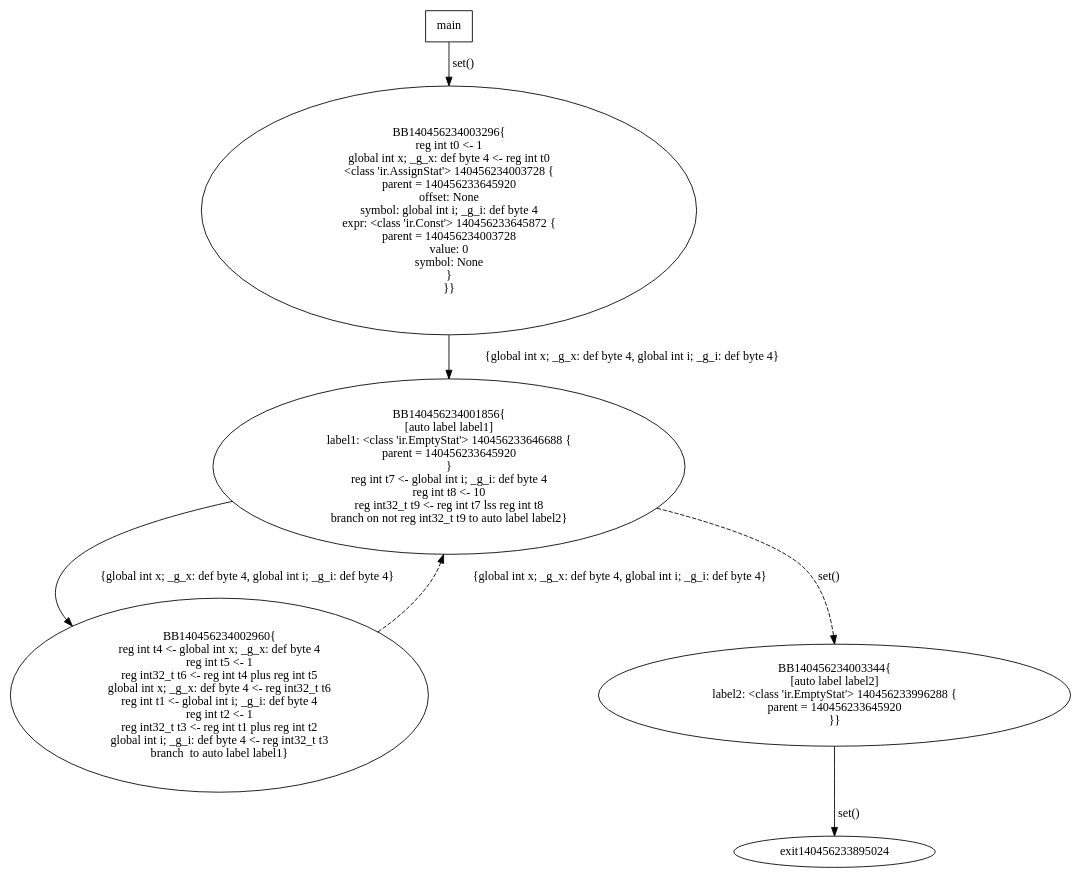
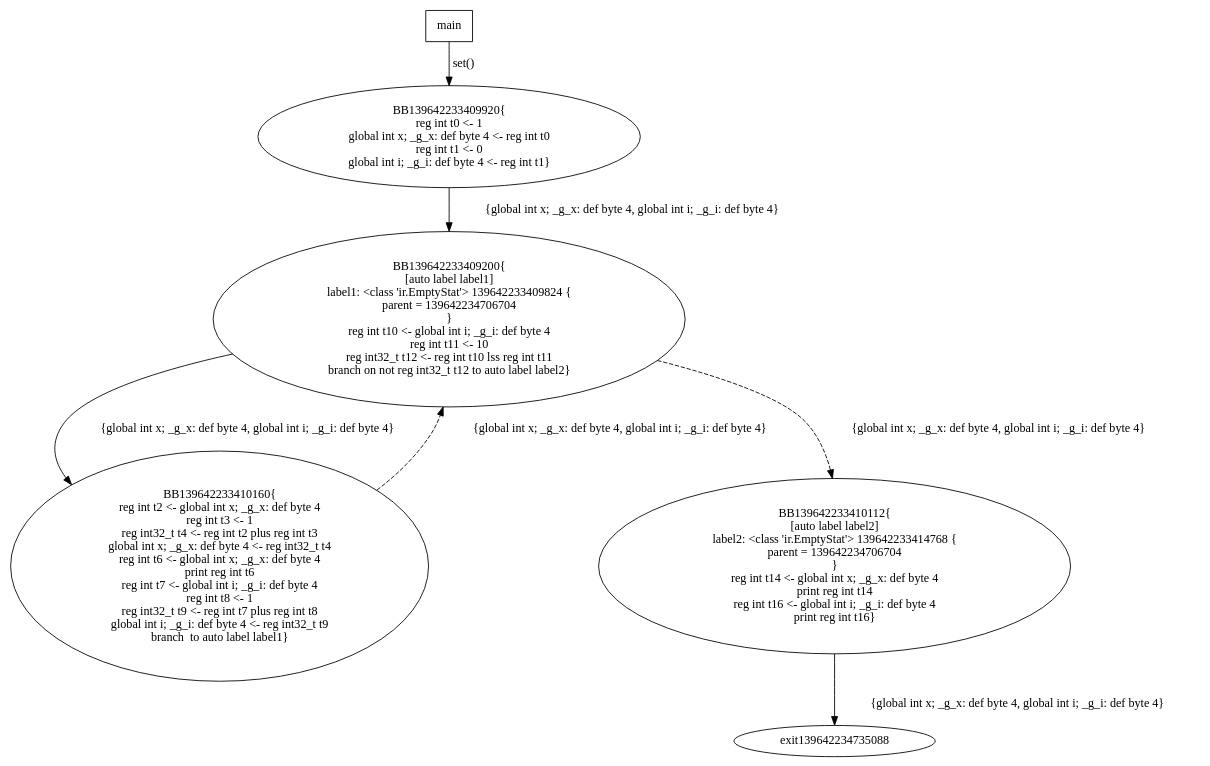
Before and after one commit to StefanoBordeianu/COT-Lab: the diagram in cfg.dot, drawn with Graphviz. The commit also changed 16 other files, not shown here.

```diff
--- a/cfg.dot
+++ b/cfg.dot
@@ -1,26 +1,17 @@
 digraph G {
-140456234003296 [label="BB140456234003296{\nreg int t0 <- 1\nglobal int x; _g_x: def byte 4 <- reg int t0\n<class 'ir.AssignStat'> 140456234003728 {
-parent = 140456233645920
-	offset: 	None
-	symbol: 	global int i; _g_i: def byte 4
-	expr: 	<class 'ir.Const'> 140456233645872 {
-	parent = 140456234003728
-		value: 	0
-		symbol: 	None
-	}
-}}"];
-140456234003296 -> 140456234001856 [label="{global int x; _g_x: def byte 4, global int i; _g_i: def byte 4}"];
-140456234001856 [label="BB140456234001856{\n[auto label label1]\nlabel1: <class 'ir.EmptyStat'> 140456233646688 {
-parent = 140456233645920
-}\nreg int t7 <- global int i; _g_i: def byte 4\nreg int t8 <- 10\nreg int32_t t9 <- reg int t7 lss reg int t8\nbranch on not reg int32_t t9 to auto label label2}"];
-140456234001856 -> 140456234002960 [label="{global int x; _g_x: def byte 4, global int i; _g_i: def byte 4}"];
-140456234001856 -> 140456234003344 [style=dashed,label="set()"];
-140456234002960 [label="BB140456234002960{\nreg int t4 <- global int x; _g_x: def byte 4\nreg int t5 <- 1\nreg int32_t t6 <- reg int t4 plus reg int t5\nglobal int x; _g_x: def byte 4 <- reg int32_t t6\nreg int t1 <- global int i; _g_i: def byte 4\nreg int t2 <- 1\nreg int32_t t3 <- reg int t1 plus reg int t2\nglobal int i; _g_i: def byte 4 <- reg int32_t t3\nbranch  to auto label label1}"];
-140456234002960 -> 140456234001856 [style=dashed,label="{global int x; _g_x: def byte 4, global int i; _g_i: def byte 4}"];
-140456234003344 [label="BB140456234003344{\n[auto label label2]\nlabel2: <class 'ir.EmptyStat'> 140456233996288 {
-parent = 140456233645920
-}}"];
-140456234003344 -> exit140456233895024 [label="set()"];
+139642233409920 [label="BB139642233409920{\nreg int t0 <- 1\nglobal int x; _g_x: def byte 4 <- reg int t0\nreg int t1 <- 0\nglobal int i; _g_i: def byte 4 <- reg int t1}"];
+139642233409920 -> 139642233409200 [label="{global int x; _g_x: def byte 4, global int i; _g_i: def byte 4}"];
+139642233409200 [label="BB139642233409200{\n[auto label label1]\nlabel1: <class 'ir.EmptyStat'> 139642233409824 {
+parent = 139642234706704
+}\nreg int t10 <- global int i; _g_i: def byte 4\nreg int t11 <- 10\nreg int32_t t12 <- reg int t10 lss reg int t11\nbranch on not reg int32_t t12 to auto label label2}"];
+139642233409200 -> 139642233410160 [label="{global int x; _g_x: def byte 4, global int i; _g_i: def byte 4}"];
+139642233409200 -> 139642233410112 [style=dashed,label="{global int x; _g_x: def byte 4, global int i; _g_i: def byte 4}"];
+139642233410160 [label="BB139642233410160{\nreg int t2 <- global int x; _g_x: def byte 4\nreg int t3 <- 1\nreg int32_t t4 <- reg int t2 plus reg int t3\nglobal int x; _g_x: def byte 4 <- reg int32_t t4\nreg int t6 <- global int x; _g_x: def byte 4\nprint reg int t6\nreg int t7 <- global int i; _g_i: def byte 4\nreg int t8 <- 1\nreg int32_t t9 <- reg int t7 plus reg int t8\nglobal int i; _g_i: def byte 4 <- reg int32_t t9\nbranch  to auto label label1}"];
+139642233410160 -> 139642233409200 [style=dashed,label="{global int x; _g_x: def byte 4, global int i; _g_i: def byte 4}"];
+139642233410112 [label="BB139642233410112{\n[auto label label2]\nlabel2: <class 'ir.EmptyStat'> 139642233414768 {
+parent = 139642234706704
+}\nreg int t14 <- global int x; _g_x: def byte 4\nprint reg int t14\nreg int t16 <- global int i; _g_i: def byte 4\nprint reg int t16}"];
+139642233410112 -> exit139642234735088 [label="{global int x; _g_x: def byte 4, global int i; _g_i: def byte 4}"];
 main [shape=box];
-main -> 140456234003296 [label="set()"];
+main -> 139642233409920 [label="set()"];
 }
```
